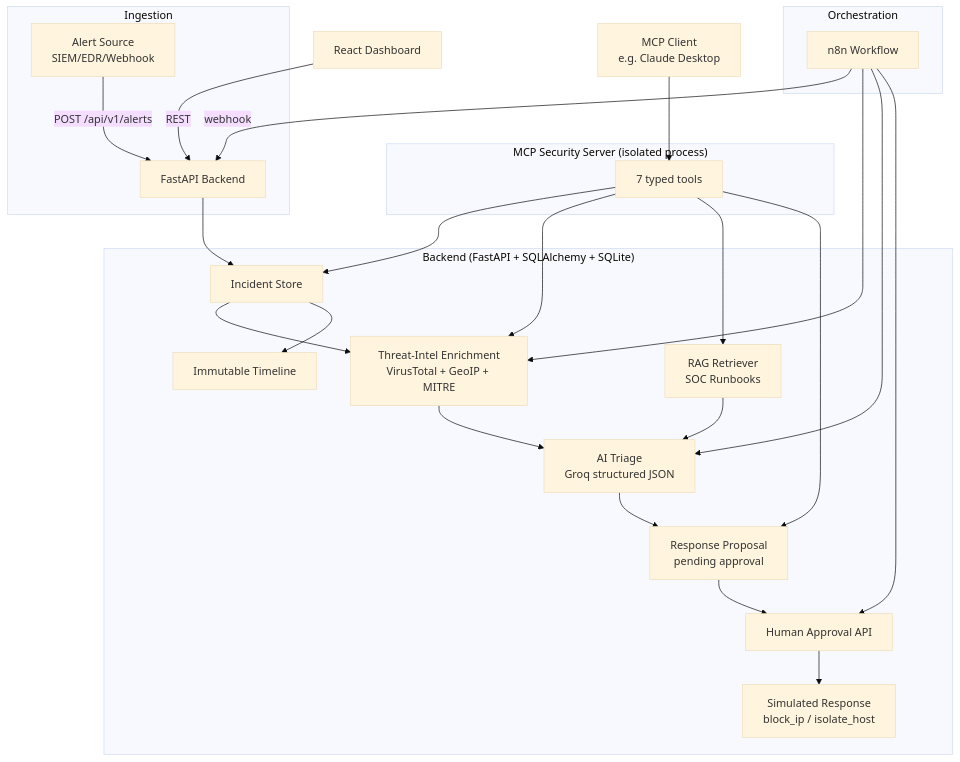
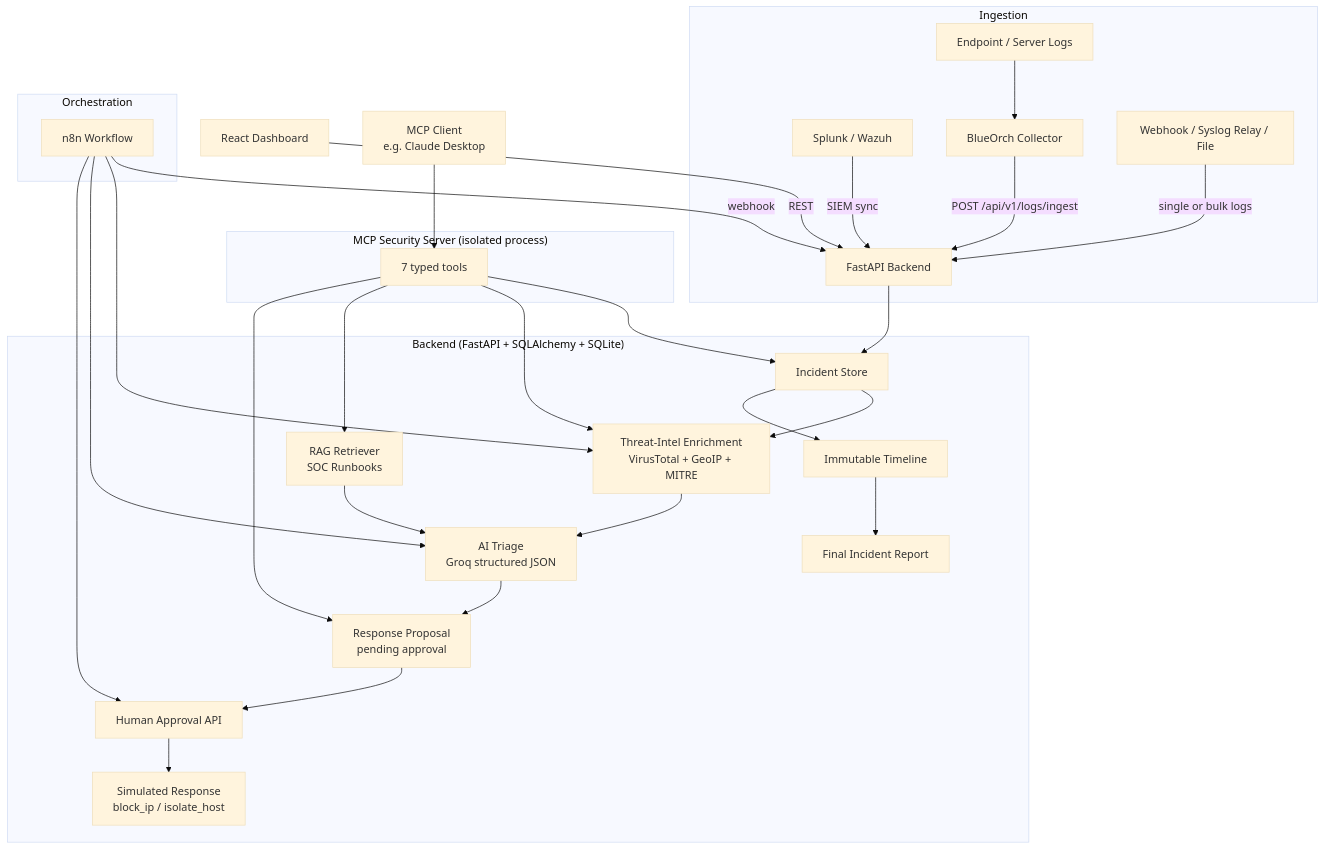
One commit to vasanth-void-0x/AegisFlow-SOC-Automation changed the diagram in README.md. Above: the diagram before and after it, drawn with Mermaid (base theme). The commit also changed other lines of this file and 3 other files, not shown here.

Commit message:
docs: rebuild README for BlueOrch ingestion and automation

````diff
--- a/README.md
+++ b/README.md
@@ -45,34 +50,38 @@
 ```mermaid
 flowchart TB
     subgraph Ingestion
-        A[Alert Source<br/>SIEM/EDR/Webhook] -->|POST /api/v1/alerts| B[FastAPI Backend]
+        A[Splunk / Wazuh] -->|SIEM sync| B[FastAPI Backend]
+        O[Endpoint / Server Logs] --> P[BlueOrch Collector]
+        P -->|POST /api/v1/logs/ingest| B
+        Q[Webhook / Syslog Relay / File] -->|single or bulk logs| B
     end
 
     subgraph Backend["Backend (FastAPI + SQLAlchemy + SQLite)"]
         B --> C[Incident Store]
         C --> D[Threat-Intel Enrichment<br/>VirusTotal + GeoIP + MITRE]
         D --> E[AI Triage<br/>Groq structured JSON]
         F[RAG Retriever<br/>SOC Runbooks] --> E
         E --> G[Response Proposal<br/>pending approval]
         G --> H[Human Approval API]
         H --> I[Simulated Response<br/>block_ip / isolate_host]
         C --> J[Immutable Timeline]
+        J --> R[Final Incident Report]
     end
 
     subgraph MCP["MCP Security Server (isolated process)"]
         K[7 typed tools] --> C
         K --> D
         K --> F
         K --> G
     end
 
     subgraph Orchestration
         L[n8n Workflow] -->|webhook| B
         L --> D
         L --> E
         L --> H
     end
 
     M[React Dashboard] -->|REST| B
     N[MCP Client<br/>e.g. Claude Desktop] --> K
 ```
````
